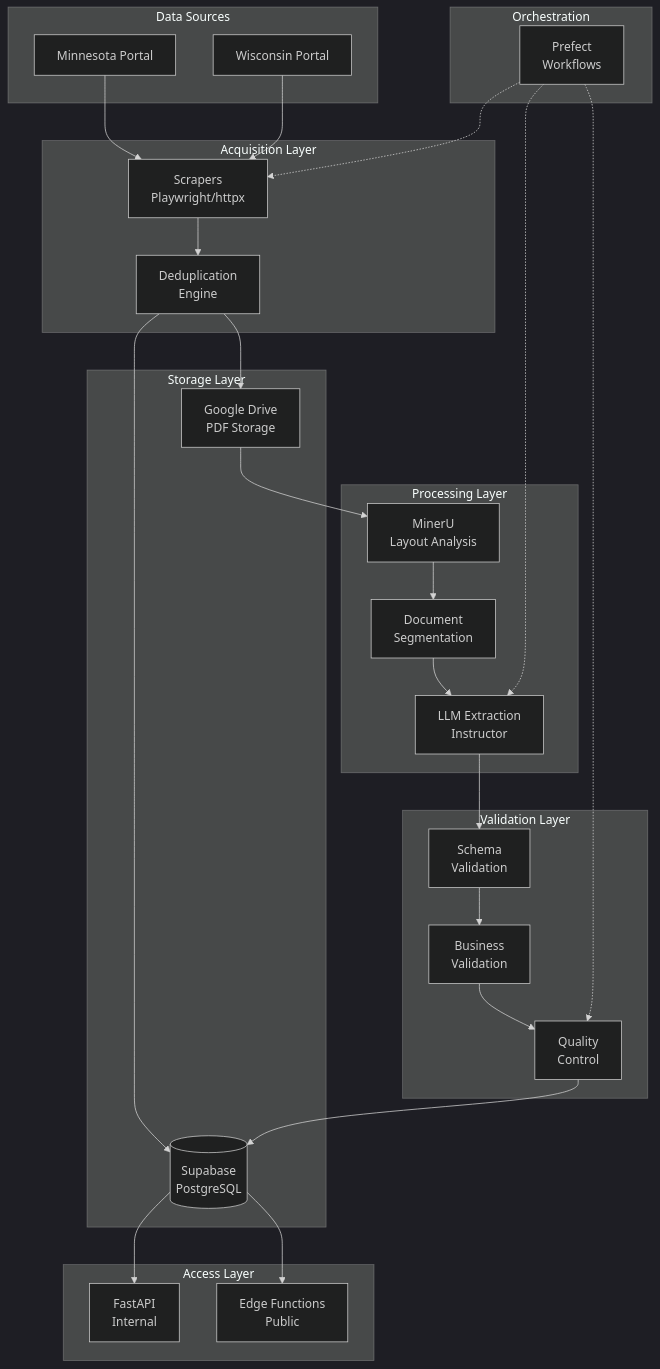
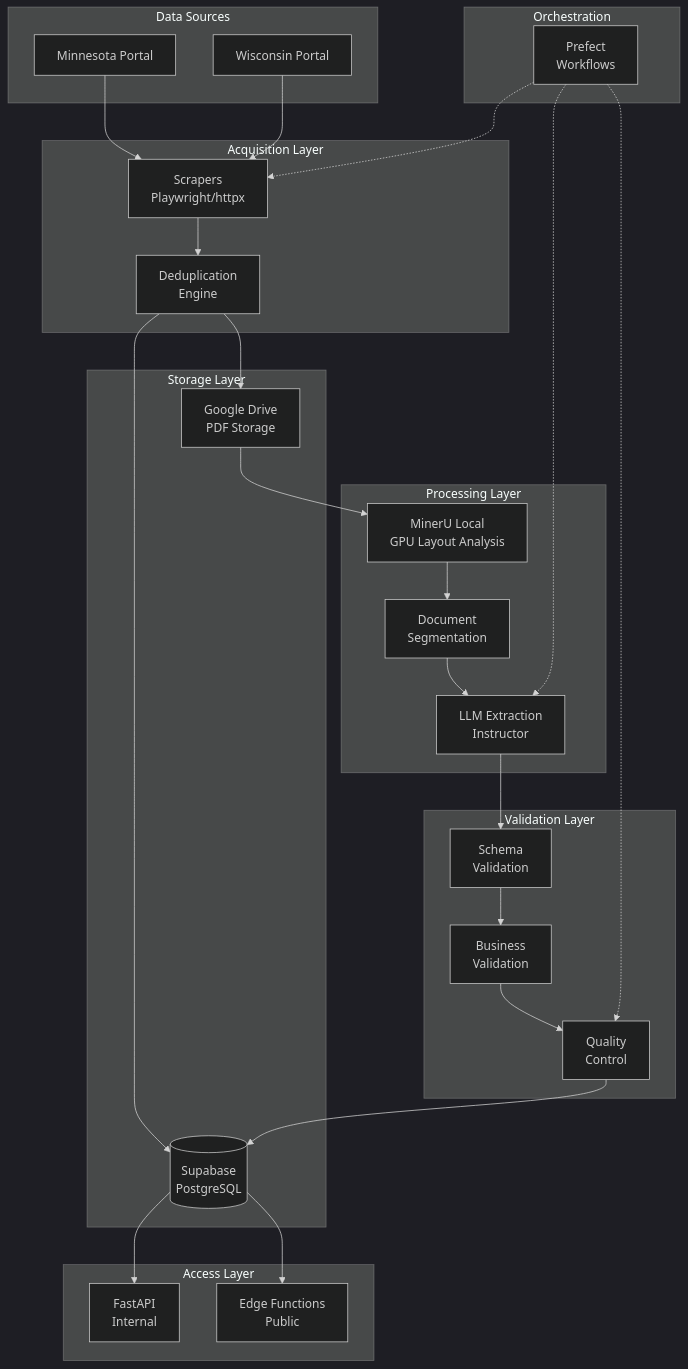
One commit to mmarcus006/fdd_pipeline_new changed the first of 3 diagrams in docs/ARCHITECTURE.md. Above: the diagram before and after it, drawn with Mermaid (dark theme). The commit also changed other lines of this file and 30 other files, not shown here.

Commit message:
Update MinerU configuration to support local GPU processing, enhance documentation, and improve model validation. Adjusted environment settings, added new dependencies, and refined README and architecture documents for clarity.

````diff
--- a/docs/ARCHITECTURE.md
+++ b/docs/ARCHITECTURE.md
@@ -9,56 +9,56 @@
 ```mermaid
 graph TB
     subgraph "Data Sources"
         MN[Minnesota Portal]
         WI[Wisconsin Portal]
     end
     
     subgraph "Acquisition Layer"
         SC[Scrapers<br/>Playwright/httpx]
         DD[Deduplication<br/>Engine]
     end
     
     subgraph "Storage Layer"
         GD[Google Drive<br/>PDF Storage]
         SB[(Supabase<br/>PostgreSQL)]
     end
     
     subgraph "Processing Layer"
-        MU[MinerU<br/>Layout Analysis]
+        MU[MinerU Local<br/>GPU Layout Analysis]
         SEG[Document<br/>Segmentation]
         LLM[LLM Extraction<br/>Instructor]
     end
     
     subgraph "Validation Layer"
         SV[Schema<br/>Validation]
         BV[Business<br/>Validation]
         QC[Quality<br/>Control]
     end
     
     subgraph "Access Layer"
         API[FastAPI<br/>Internal]
         EF[Edge Functions<br/>Public]
     end
     
     subgraph "Orchestration"
         PF[Prefect<br/>Workflows]
     end
     
     MN --> SC
     WI --> SC
     SC --> DD
     DD --> GD
     DD --> SB
     GD --> MU
     MU --> SEG
     SEG --> LLM
     LLM --> SV
     SV --> BV
     BV --> QC
     QC --> SB
     SB --> API
     SB --> EF
     PF -.-> SC
     PF -.-> LLM
     PF -.-> QC
 ```
````
